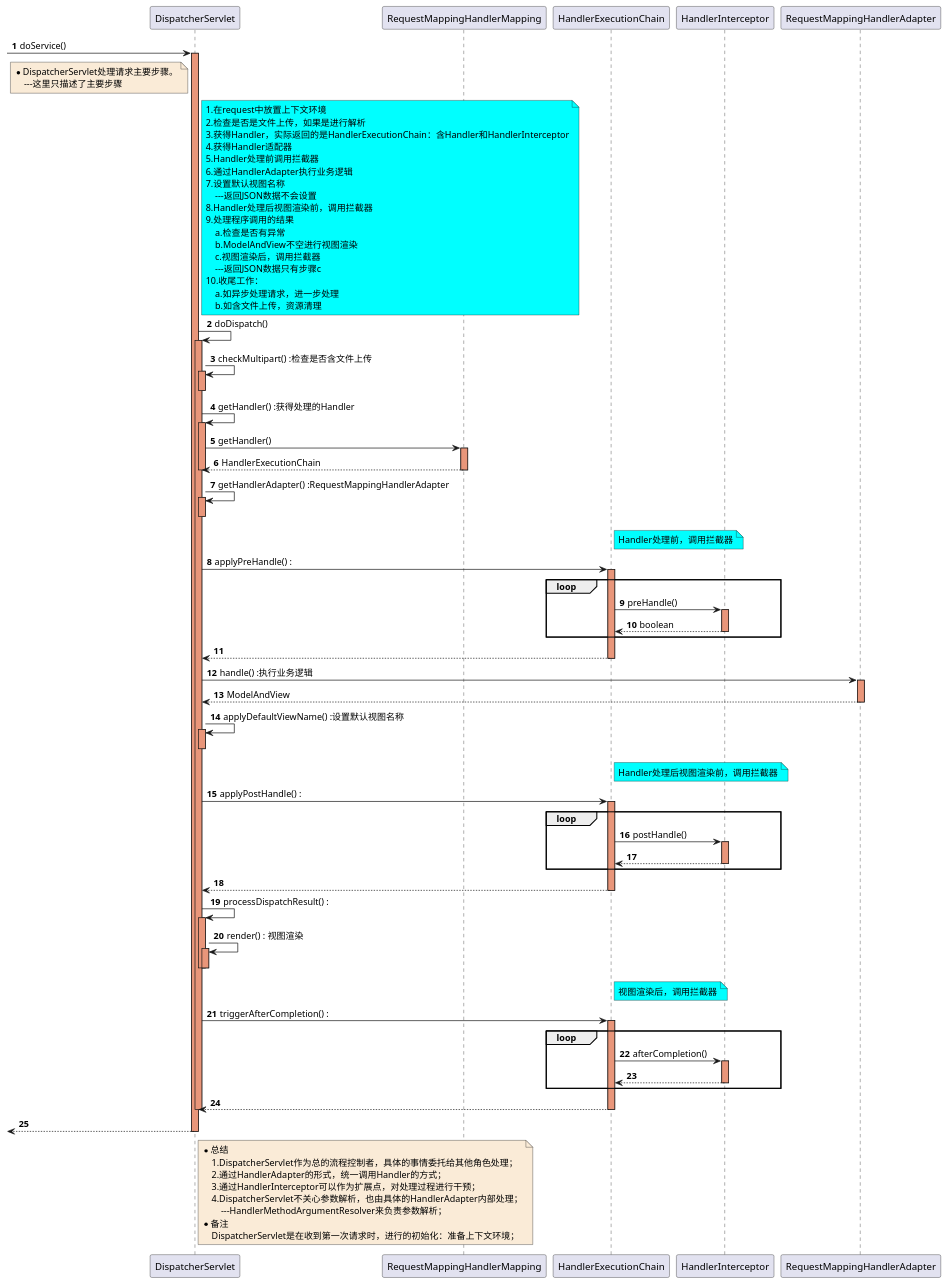
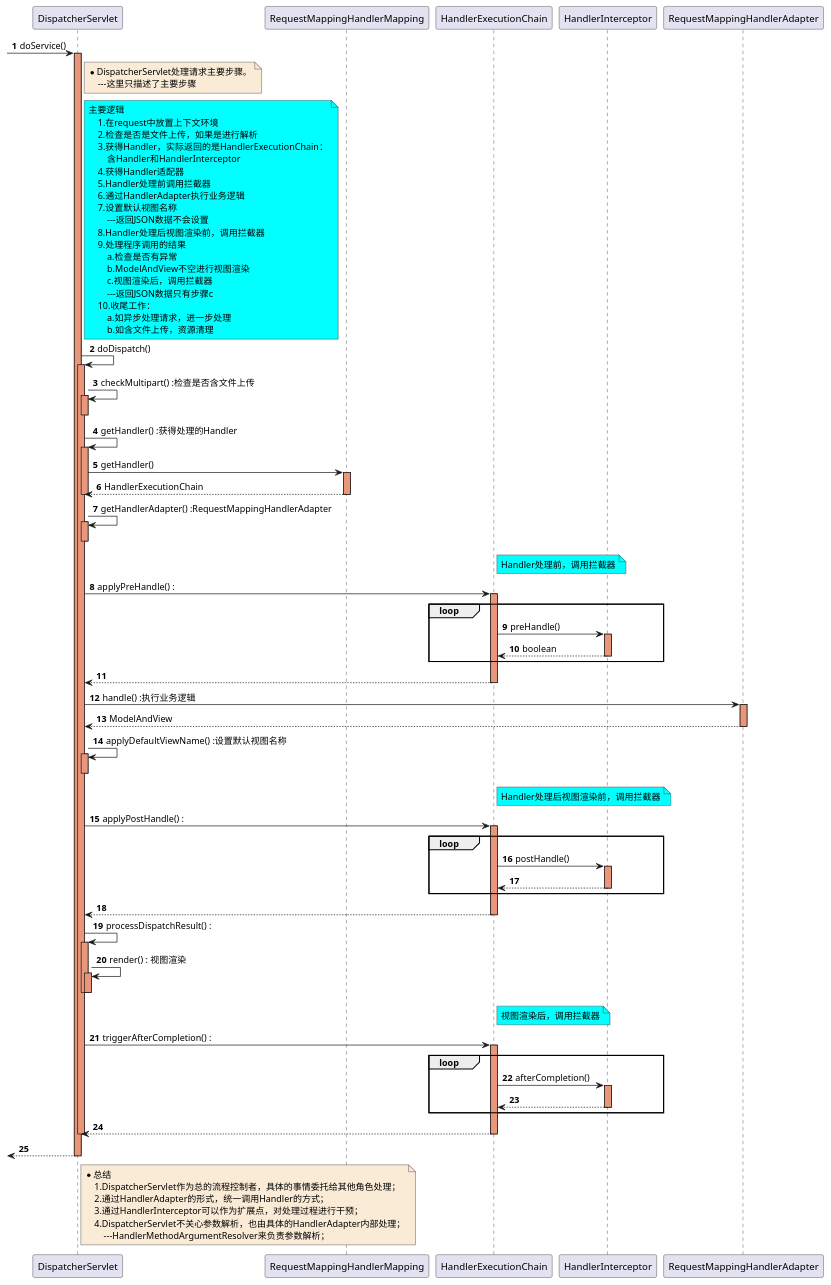
The diagram in document/spring/mvc/sequence/MVC-Invoke-0-DispatcherServlet_doService.puml (czwer/learn-spring-code), drawn with PlantUML before and after one commit. The commit also changed 33 other files, not shown here.

Commit message:
MVC相关时序图，类图修改

```diff
--- a/document/spring/mvc/sequence/MVC-Invoke-0-DispatcherServlet_doService.puml
+++ b/document/spring/mvc/sequence/MVC-Invoke-0-DispatcherServlet_doService.puml
@@ -1,135 +1,135 @@
 @startuml
 autonumber
 
 -> DispatcherServlet: doService()
 activate DispatcherServlet #DarkSalmon
 
-    note left of DispatcherServlet #FAEBD7
+    note right of DispatcherServlet #FAEBD7
         *DispatcherServlet处理请求主要步骤。
             ---这里只描述了主要步骤
     end note
 
     note right of DispatcherServlet #aqua
-        1.在request中放置上下文环境
-        2.检查是否是文件上传，如果是进行解析
-        3.获得Handler，实际返回的是HandlerExecutionChain：含Handler和HandlerInterceptor
-        4.获得Handler适配器
-        5.Handler处理前调用拦截器
-        6.通过HandlerAdapter执行业务逻辑
-        7.设置默认视图名称
-            ---返回JSON数据不会设置
-        8.Handler处理后视图渲染前，调用拦截器
-        9.处理程序调用的结果
-            a.检查是否有异常
-            b.ModelAndView不空进行视图渲染
-            c.视图渲染后，调用拦截器
-            ---返回JSON数据只有步骤c
-        10.收尾工作：
-            a.如异步处理请求，进一步处理
-            b.如含文件上传，资源清理
+        主要逻辑
+            1.在request中放置上下文环境
+            2.检查是否是文件上传，如果是进行解析
+            3.获得Handler，实际返回的是HandlerExecutionChain：
+                含Handler和HandlerInterceptor
+            4.获得Handler适配器
+            5.Handler处理前调用拦截器
+            6.通过HandlerAdapter执行业务逻辑
+            7.设置默认视图名称
+                ---返回JSON数据不会设置
+            8.Handler处理后视图渲染前，调用拦截器
+            9.处理程序调用的结果
+                a.检查是否有异常
+                b.ModelAndView不空进行视图渲染
+                c.视图渲染后，调用拦截器
+                ---返回JSON数据只有步骤c
+            10.收尾工作：
+                a.如异步处理请求，进一步处理
+                b.如含文件上传，资源清理
     end note
     DispatcherServlet -> DispatcherServlet : doDispatch()
     activate DispatcherServlet #DarkSalmon
 
         DispatcherServlet -> DispatcherServlet : checkMultipart() :检查是否含文件上传
         activate DispatcherServlet #DarkSalmon
         deactivate DispatcherServlet
 
         DispatcherServlet -> DispatcherServlet : getHandler() :获得处理的Handler
         activate DispatcherServlet #DarkSalmon
 
             DispatcherServlet -> RequestMappingHandlerMapping : getHandler()
             activate RequestMappingHandlerMapping #DarkSalmon
             RequestMappingHandlerMapping --> DispatcherServlet : HandlerExecutionChain
             deactivate RequestMappingHandlerMapping
 
         deactivate DispatcherServlet
 
         DispatcherServlet -> DispatcherServlet : getHandlerAdapter() :RequestMappingHandlerAdapter
         activate DispatcherServlet #DarkSalmon
         deactivate DispatcherServlet
 
         note right of HandlerExecutionChain #aqua
             Handler处理前，调用拦截器
         end note
         DispatcherServlet -> HandlerExecutionChain : applyPreHandle() :
         activate HandlerExecutionChain #DarkSalmon
 
             loop
                 HandlerExecutionChain -> HandlerInterceptor : preHandle()
                 activate HandlerInterceptor #DarkSalmon
                 HandlerInterceptor --> HandlerExecutionChain: boolean
                 deactivate HandlerInterceptor
             end
 
         HandlerExecutionChain --> DispatcherServlet
         deactivate HandlerExecutionChain
 
 
         DispatcherServlet -> RequestMappingHandlerAdapter : handle() :执行业务逻辑
         activate RequestMappingHandlerAdapter #DarkSalmon
         RequestMappingHandlerAdapter --> DispatcherServlet : ModelAndView
         deactivate RequestMappingHandlerAdapter
 
         DispatcherServlet -> DispatcherServlet : applyDefaultViewName() :设置默认视图名称
         activate DispatcherServlet #DarkSalmon
         deactivate DispatcherServlet
 
         note right of HandlerExecutionChain #aqua
             Handler处理后视图渲染前，调用拦截器
         end note
         DispatcherServlet -> HandlerExecutionChain : applyPostHandle() :
         activate HandlerExecutionChain #DarkSalmon
 
             loop
                 HandlerExecutionChain -> HandlerInterceptor : postHandle()
                 activate HandlerInterceptor #DarkSalmon
                 HandlerInterceptor --> HandlerExecutionChain
                 deactivate HandlerInterceptor
             end
 
         HandlerExecutionChain --> DispatcherServlet
         deactivate HandlerExecutionChain
 
         DispatcherServlet -> DispatcherServlet : processDispatchResult() :
         activate DispatcherServlet #DarkSalmon
 
             DispatcherServlet -> DispatcherServlet : render() : 视图渲染
             activate DispatcherServlet #DarkSalmon
             deactivate DispatcherServlet
 
         deactivate DispatcherServlet
 
         note right of HandlerExecutionChain #aqua
             视图渲染后，调用拦截器
         end note
         DispatcherServlet -> HandlerExecutionChain : triggerAfterCompletion() :
         activate HandlerExecutionChain #DarkSalmon
 
             loop
                 HandlerExecutionChain -> HandlerInterceptor : afterCompletion()
                 activate HandlerInterceptor #DarkSalmon
                 HandlerInterceptor --> HandlerExecutionChain
                 deactivate HandlerInterceptor
             end
 
         HandlerExecutionChain --> DispatcherServlet
         deactivate HandlerExecutionChain
 
     deactivate DispatcherServlet
    
 <-- DispatcherServlet
 deactivate DispatcherServlet
 
 note right of DispatcherServlet #FAEBD7
     *总结
         1.DispatcherServlet作为总的流程控制者，具体的事情委托给其他角色处理；
         2.通过HandlerAdapter的形式，统一调用Handler的方式；
         3.通过HandlerInterceptor可以作为扩展点，对处理过程进行干预；
         4.DispatcherServlet不关心参数解析，也由具体的HandlerAdapter内部处理；
             ---HandlerMethodArgumentResolver来负责参数解析；
-    *备注
-        DispatcherServlet是在收到第一次请求时，进行的初始化：准备上下文环境；
 end note
 
 @enduml
```
